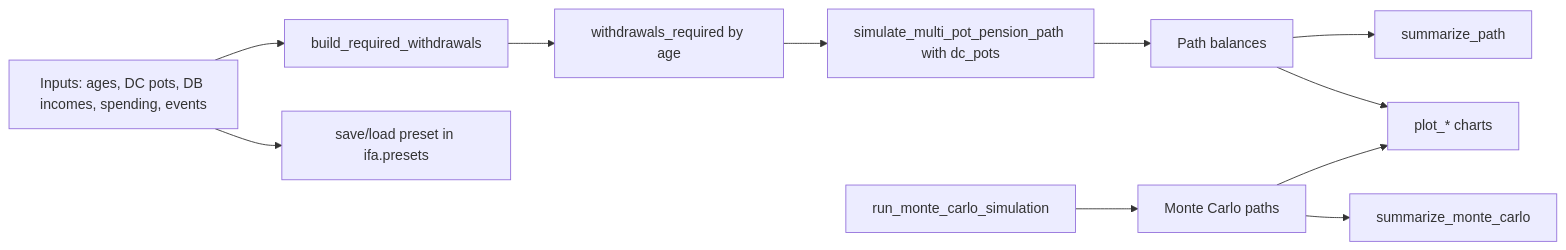
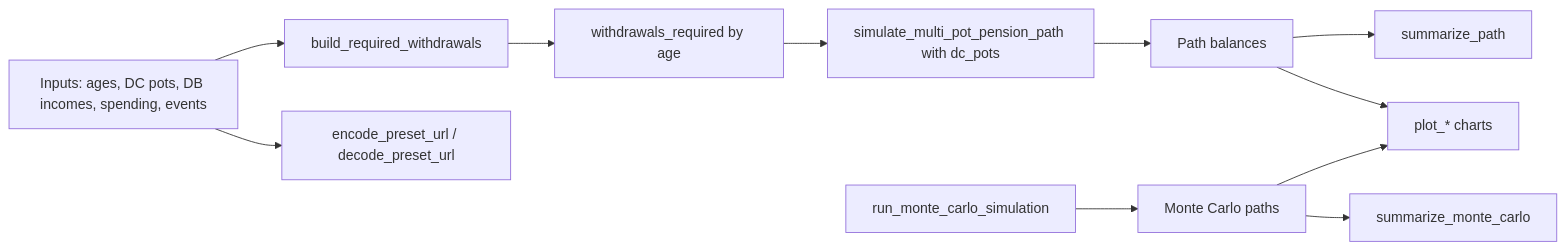
Before and after one commit to bumface11/ifa: the second of 2 diagrams in docs/ARCHITECTURE.md, drawn with Mermaid. The commit also changed other lines of this file and 8 other files, not shown here.

First line of the commit message:
feat: convert preset system to URL-based encoding

````diff
--- a/docs/ARCHITECTURE.md
+++ b/docs/ARCHITECTURE.md
@@ -55,14 +57,14 @@
 ```mermaid
 flowchart LR
     A[Inputs: ages, DC pots, DB incomes, spending, events] --> B[build_required_withdrawals]
     B --> C[withdrawals_required by age]
     C --> D[simulate_multi_pot_pension_path with dc_pots]
     D --> E[Path balances]
     E --> F[summarize_path]
     E --> G[plot_* charts]
-    A --> K[save/load preset in ifa.presets]
+    A --> K[encode_preset_url / decode_preset_url]
 
     H[run_monte_carlo_simulation] --> I[Monte Carlo paths]
     I --> J[summarize_monte_carlo]
     I --> G
 ```
````
